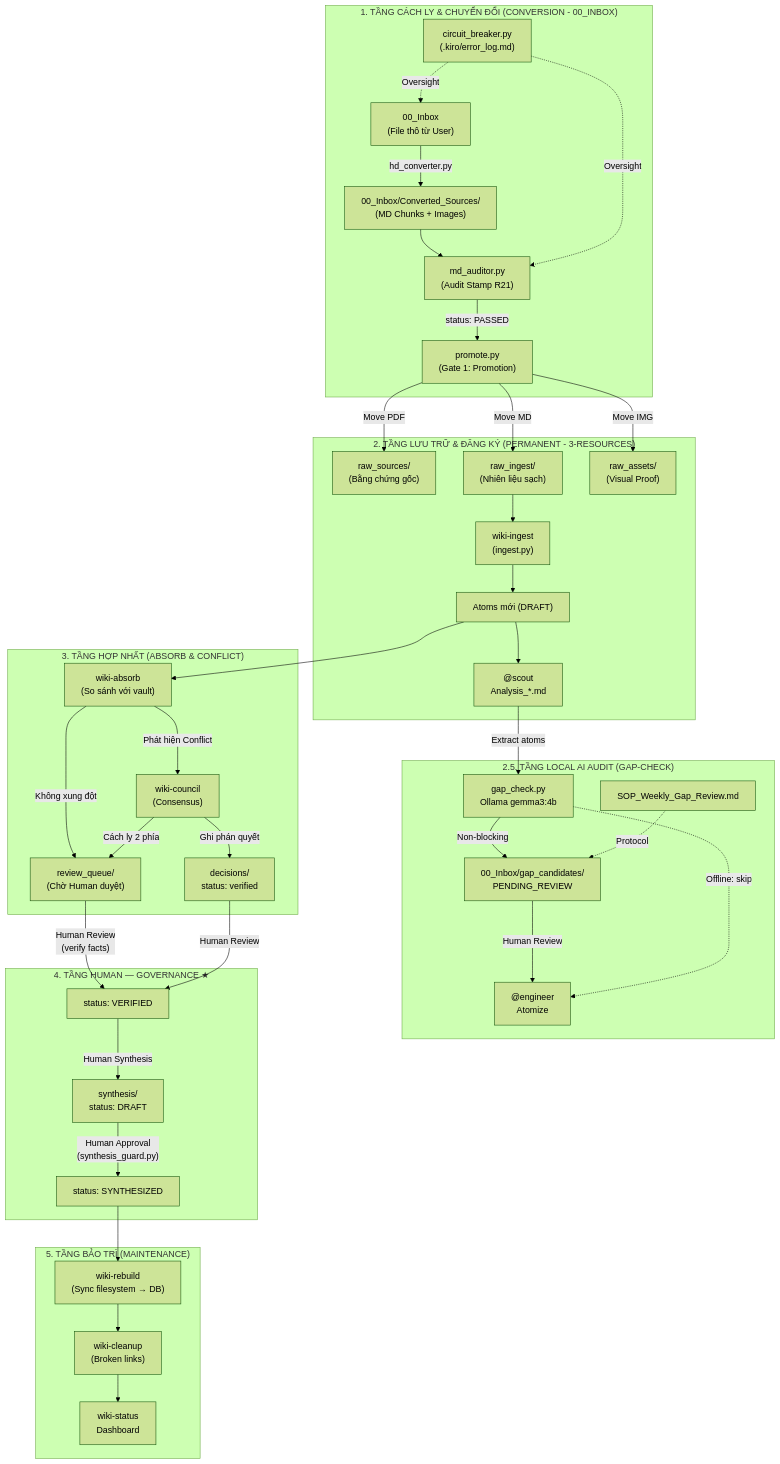
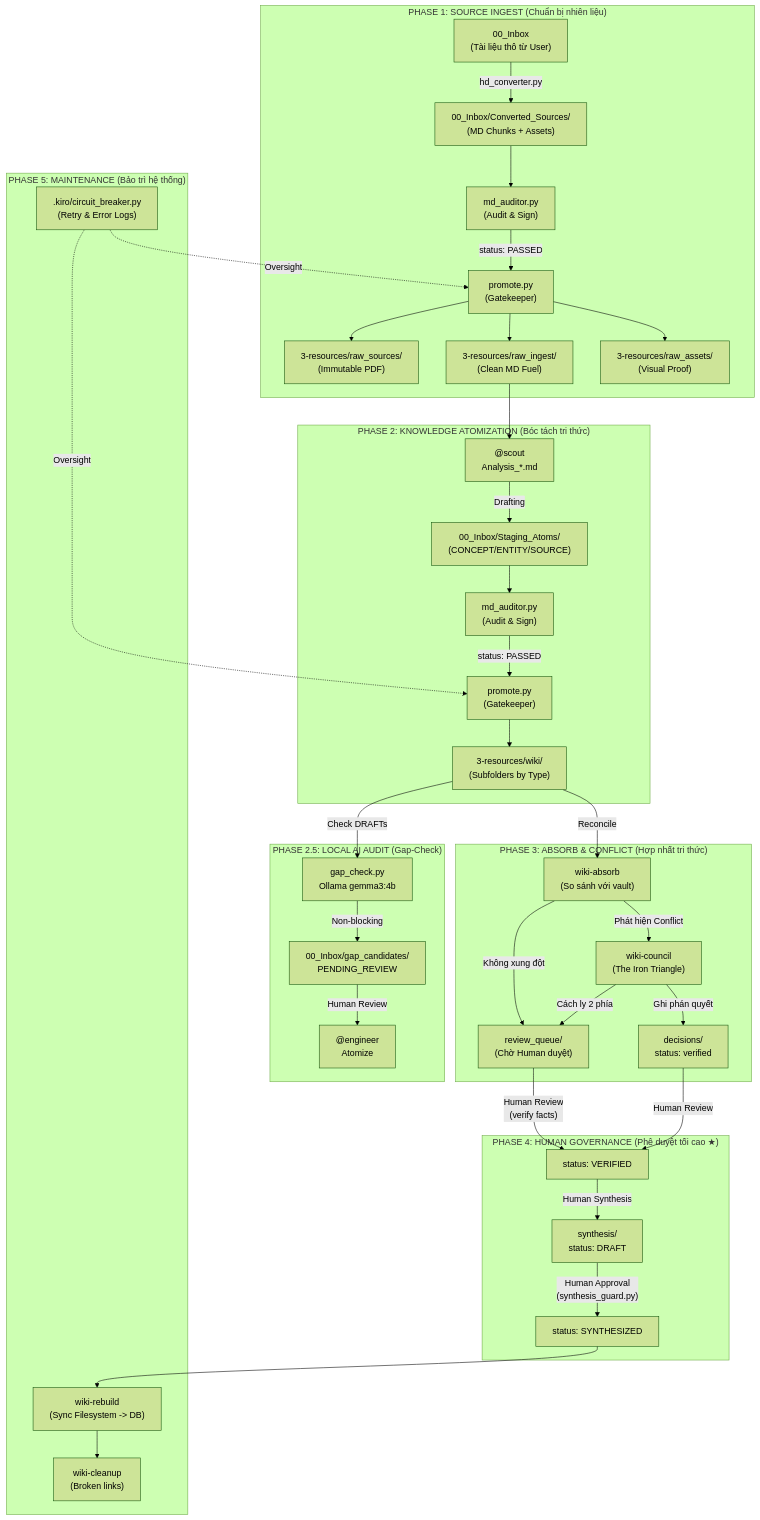
Before and after one commit to annguyenduc/NoteBookLLM_Br: the diagram in WORKSPACE_OVERVIEW.md, drawn with Mermaid (forest theme). The commit also changed other lines of this file and 235 other files, not shown here.

Commit message:
feat: initialize agent skill suite, automated maintenance scripts, and strict ingest lifecycle governance protocols

````diff
--- a/WORKSPACE_OVERVIEW.md
+++ b/WORKSPACE_OVERVIEW.md
@@ -66,52 +70,48 @@
 ```mermaid
 graph TD
-    subgraph "1. TẦNG CÁCH LY & CHUYỂN ĐỔI (CONVERSION - 00_INBOX)"
-        USER_IN["00_Inbox\n(File thô từ User)"] -->|hd_converter.py| STAGE["00_Inbox/Converted_Sources/\n(MD Chunks + Images)"]
-        STAGE --> AUDIT["md_auditor.py\n(Audit Stamp R21)"]
-        AUDIT -->|status: PASSED| PROMOTE["promote.py\n(Gate 1: Promotion)"]
-        
-        CB["circuit_breaker.py\n(.kiro/error_log.md)"] -.->|Oversight| USER_IN
-        CB -.->|Oversight| AUDIT
+    subgraph "PHASE 1: SOURCE INGEST (Chuẩn bị nhiên liệu)"
+        USER_IN["00_Inbox\n(Tài liệu thô từ User)"] -->|hd_converter.py| CONV["00_Inbox/Converted_Sources/\n(MD Chunks + Assets)"]
+        CONV --> AUDIT_A["md_auditor.py\n(Audit & Sign)"]
+        AUDIT_A -->|status: PASSED| PROMOTE_A["promote.py\n(Gatekeeper)"]
+        PROMOTE_A --> RAW_PDF["3-resources/raw_sources/\n(Immutable PDF)"]
+        PROMOTE_A --> FUEL["3-resources/raw_ingest/\n(Clean MD Fuel)"]
+        PROMOTE_A --> ASSETS["3-resources/raw_assets/\n(Visual Proof)"]
     end
 
-    subgraph "2. TẦNG LƯU TRỮ & ĐĂNG KÝ (PERMANENT - 3-RESOURCES)"
-        PROMOTE -->|Move PDF| RAW["raw_sources/\n(Bằng chứng gốc)"]
-        PROMOTE -->|Move MD| FUEL["raw_ingest/\n(Nhiên liệu sạch)"]
-        PROMOTE -->|Move IMG| ASSETS["raw_assets/\n(Visual Proof)"]
-        
-        FUEL --> INGEST["wiki-ingest\n(ingest.py)"]
-        INGEST --> ATOMS["Atoms mới (DRAFT)"]
-        
-        ATOMS --> SCOUT["@scout\nAnalysis_*.md"]
+    subgraph "PHASE 2: KNOWLEDGE ATOMIZATION (Bóc tách tri thức)"
+        FUEL --> SCOUT["@scout\nAnalysis_*.md"]
+        SCOUT -->|Drafting| STAGE_ATOM["00_Inbox/Staging_Atoms/\n(CONCEPT/ENTITY/SOURCE)"]
+        STAGE_ATOM --> AUDIT_B["md_auditor.py\n(Audit & Sign)"]
+        AUDIT_B -->|status: PASSED| PROMOTE_B["promote.py\n(Gatekeeper)"]
+        PROMOTE_B --> WIKI["3-resources/wiki/\n(Subfolders by Type)"]
     end
 
-    subgraph "2.5. TẦNG LOCAL AI AUDIT (GAP-CHECK)"
-        SCOUT -->|Extract atoms| GAP_CHECK["gap_check.py\nOllama gemma3:4b"]
+    subgraph "PHASE 2.5: LOCAL AI AUDIT (Gap-Check)"
+        WIKI -->|Check DRAFTs| GAP_CHECK["gap_check.py\nOllama gemma3:4b"]
         GAP_CHECK -->|Non-blocking| GAP_CAND["00_Inbox/gap_candidates/\nPENDING_REVIEW"]
         GAP_CAND -->|Human Review| ENGINEER["@engineer\nAtomize"]
-        GAP_CHECK -.->|Offline: skip| ENGINEER
-        
-        SOP_GAP["SOP_Weekly_Gap_Review.md"] -.->|Protocol| GAP_CAND
     end
 
-    subgraph "3. TẦNG HỢP NHẤT (ABSORB & CONFLICT)"
-        ATOMS --> ABSORB["wiki-absorb\n(So sánh với vault)"]
+    subgraph "PHASE 3: ABSORB & CONFLICT (Hợp nhất tri thức)"
+        WIKI -->|Reconcile| ABSORB["wiki-absorb\n(So sánh với vault)"]
         ABSORB -->|Không xung đột| QUEUE["review_queue/\n(Chờ Human duyệt)"]
-        ABSORB -->|Phát hiện Conflict| COUNCIL["wiki-council\n(Consensus)"]
+        ABSORB -->|Phát hiện Conflict| COUNCIL["wiki-council\n(The Iron Triangle)"]
         COUNCIL -->|Ghi phán quyết| DECISION["decisions/\nstatus: verified"]
         COUNCIL -->|Cách ly 2 phía| QUEUE
     end
 
-    subgraph "4. TẦNG HUMAN — GOVERNANCE ★"
+    subgraph "PHASE 4: HUMAN GOVERNANCE (Phê duyệt tối cao ★)"
         QUEUE -->|"Human Review\n(verify facts)"| VERIFIED["status: VERIFIED"]
         DECISION -->|"Human Review"| VERIFIED
         VERIFIED -->|"Human Synthesis"| SYNTH_DRAFT["synthesis/\nstatus: DRAFT"]
         SYNTH_DRAFT -->|"Human Approval\n(synthesis_guard.py)"| SYNTHESIZED["status: SYNTHESIZED"]
     end
 
-    subgraph "5. TẦNG BẢO TRÌ (MAINTENANCE)"
-        SYNTHESIZED --> REBUILD["wiki-rebuild\n(Sync filesystem → DB)"]
+    subgraph "PHASE 5: MAINTENANCE (Bảo trì hệ thống)"
+        SYNTHESIZED --> REBUILD["wiki-rebuild\n(Sync Filesystem -> DB)"]
         REBUILD --> CLEAN["wiki-cleanup\n(Broken links)"]
-        CLEAN --> STATUS["wiki-status\nDashboard"]
+        
+        CB[".kiro/circuit_breaker.py\n(Retry & Error Logs)"] -.->|Oversight| PROMOTE_A
+        CB -.->|Oversight| PROMOTE_B
     end
 ```
````
